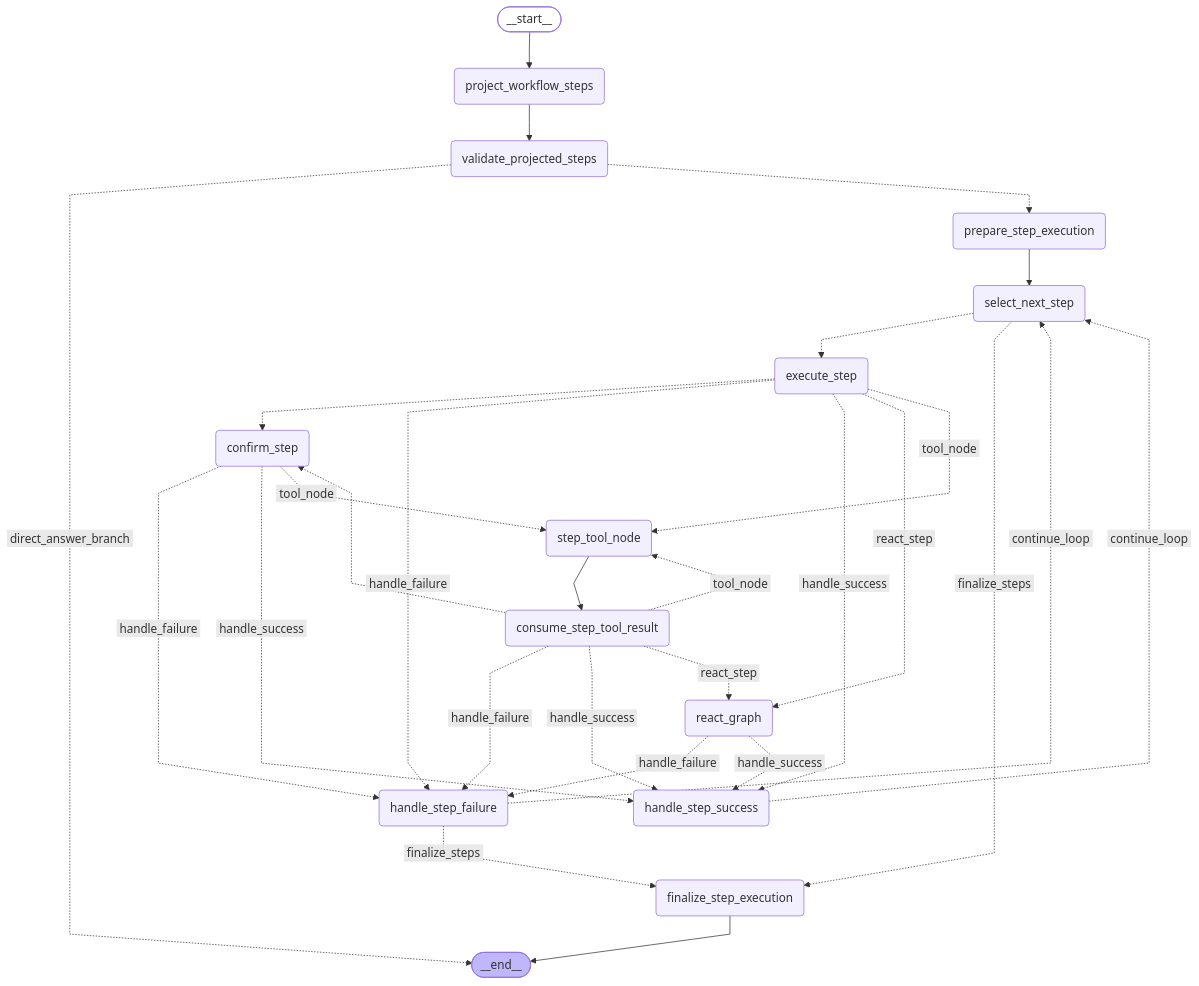
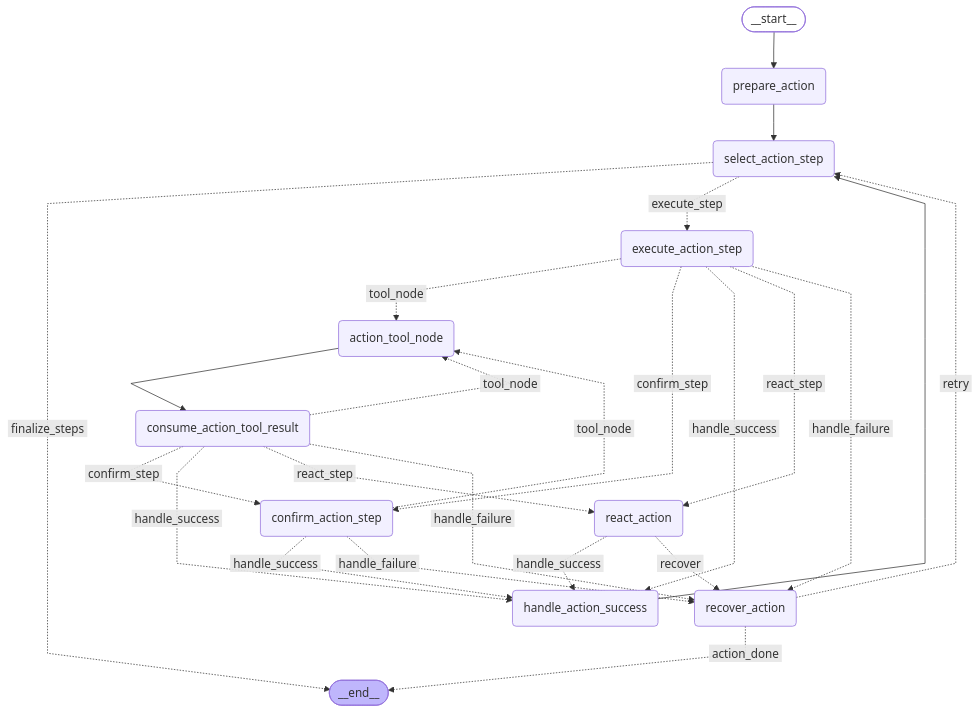
One commit to SkyLiberation/personalAgent changed the fourth of 6 diagrams in docs/mermaid/entry-orchestration.md. Above: the diagram before and after it, drawn with Mermaid. The commit also changed other lines of this file and 295 other files, not shown here.

````diff
--- a/docs/mermaid/entry-orchestration.md
+++ b/docs/mermaid/entry-orchestration.md
@@ -58,53 +93,46 @@
 ```mermaid
 ---
 config:
   flowchart:
     curve: linear
 ---
 graph TD;
 	__start__([<p>__start__</p>]):::first
-	project_workflow_steps(project_workflow_steps)
-	validate_projected_steps(validate_projected_steps)
-	prepare_step_execution(prepare_step_execution)
-	select_next_step(select_next_step)
-	execute_step(execute_step)
-	handle_step_success(handle_step_success)
-	handle_step_failure(handle_step_failure)
-	confirm_step(confirm_step)
-	step_tool_node(step_tool_node)
-	consume_step_tool_result(consume_step_tool_result)
-	react_graph(react_graph)
-	finalize_step_execution(finalize_step_execution)
+	prepare_action(prepare_action)
+	select_action_step(select_action_step)
+	execute_action_step(execute_action_step)
+	handle_action_success(handle_action_success)
+	recover_action(recover_action)
+	confirm_action_step(confirm_action_step)
+	action_tool_node(action_tool_node)
+	consume_action_tool_result(consume_action_tool_result)
+	react_action(react_action)
 	__end__([<p>__end__</p>]):::last
-	__start__ --> project_workflow_steps;
-	confirm_step -. &nbsp;handle_failure&nbsp; .-> handle_step_failure;
-	confirm_step -. &nbsp;handle_success&nbsp; .-> handle_step_success;
-	confirm_step -. &nbsp;tool_node&nbsp; .-> step_tool_node;
-	consume_step_tool_result -.-> confirm_step;
-	consume_step_tool_result -. &nbsp;handle_failure&nbsp; .-> handle_step_failure;
-	consume_step_tool_result -. &nbsp;handle_success&nbsp; .-> handle_step_success;
-	consume_step_tool_result -. &nbsp;react_step&nbsp; .-> react_graph;
-	consume_step_tool_result -. &nbsp;tool_node&nbsp; .-> step_tool_node;
-	execute_step -.-> confirm_step;
-	execute_step -. &nbsp;handle_failure&nbsp; .-> handle_step_failure;
-	execute_step -. &nbsp;handle_success&nbsp; .-> handle_step_success;
-	execute_step -. &nbsp;react_step&nbsp; .-> react_graph;
-	execute_step -. &nbsp;tool_node&nbsp; .-> step_tool_node;
-	handle_step_failure -. &nbsp;finalize_steps&nbsp; .-> finalize_step_execution;
-	handle_step_failure -. &nbsp;continue_loop&nbsp; .-> select_next_step;
-	handle_step_success -. &nbsp;continue_loop&nbsp; .-> select_next_step;
-	prepare_step_execution --> select_next_step;
-	project_workflow_steps --> validate_projected_steps;
-	react_graph -. &nbsp;handle_failure&nbsp; .-> handle_step_failure;
-	react_graph -. &nbsp;handle_success&nbsp; .-> handle_step_success;
-	select_next_step -.-> execute_step;
-	select_next_step -. &nbsp;finalize_steps&nbsp; .-> finalize_step_execution;
-	step_tool_node --> consume_step_tool_result;
-	validate_projected_steps -. &nbsp;direct_answer_branch&nbsp; .-> __end__;
-	validate_projected_steps -.-> prepare_step_execution;
-	finalize_step_execution --> __end__;
+	__start__ --> prepare_action;
+	action_tool_node --> consume_action_tool_result;
+	confirm_action_step -. &nbsp;tool_node&nbsp; .-> action_tool_node;
+	confirm_action_step -. &nbsp;handle_success&nbsp; .-> handle_action_success;
+	confirm_action_step -. &nbsp;handle_failure&nbsp; .-> recover_action;
+	consume_action_tool_result -. &nbsp;tool_node&nbsp; .-> action_tool_node;
+	consume_action_tool_result -. &nbsp;confirm_step&nbsp; .-> confirm_action_step;
+	consume_action_tool_result -. &nbsp;handle_success&nbsp; .-> handle_action_success;
+	consume_action_tool_result -. &nbsp;react_step&nbsp; .-> react_action;
+	consume_action_tool_result -. &nbsp;handle_failure&nbsp; .-> recover_action;
+	execute_action_step -. &nbsp;tool_node&nbsp; .-> action_tool_node;
+	execute_action_step -. &nbsp;confirm_step&nbsp; .-> confirm_action_step;
+	execute_action_step -. &nbsp;handle_success&nbsp; .-> handle_action_success;
+	execute_action_step -. &nbsp;react_step&nbsp; .-> react_action;
+	execute_action_step -. &nbsp;handle_failure&nbsp; .-> recover_action;
+	handle_action_success --> select_action_step;
+	prepare_action --> select_action_step;
+	react_action -. &nbsp;handle_success&nbsp; .-> handle_action_success;
+	react_action -. &nbsp;recover&nbsp; .-> recover_action;
+	recover_action -. &nbsp;action_done&nbsp; .-> __end__;
+	recover_action -. &nbsp;retry&nbsp; .-> select_action_step;
+	select_action_step -. &nbsp;finalize_steps&nbsp; .-> __end__;
+	select_action_step -. &nbsp;execute_step&nbsp; .-> execute_action_step;
 	classDef default fill:#f2f0ff,line-height:1.2
 	classDef first fill-opacity:0
 	classDef last fill:#bfb6fc
 
 ```
````
